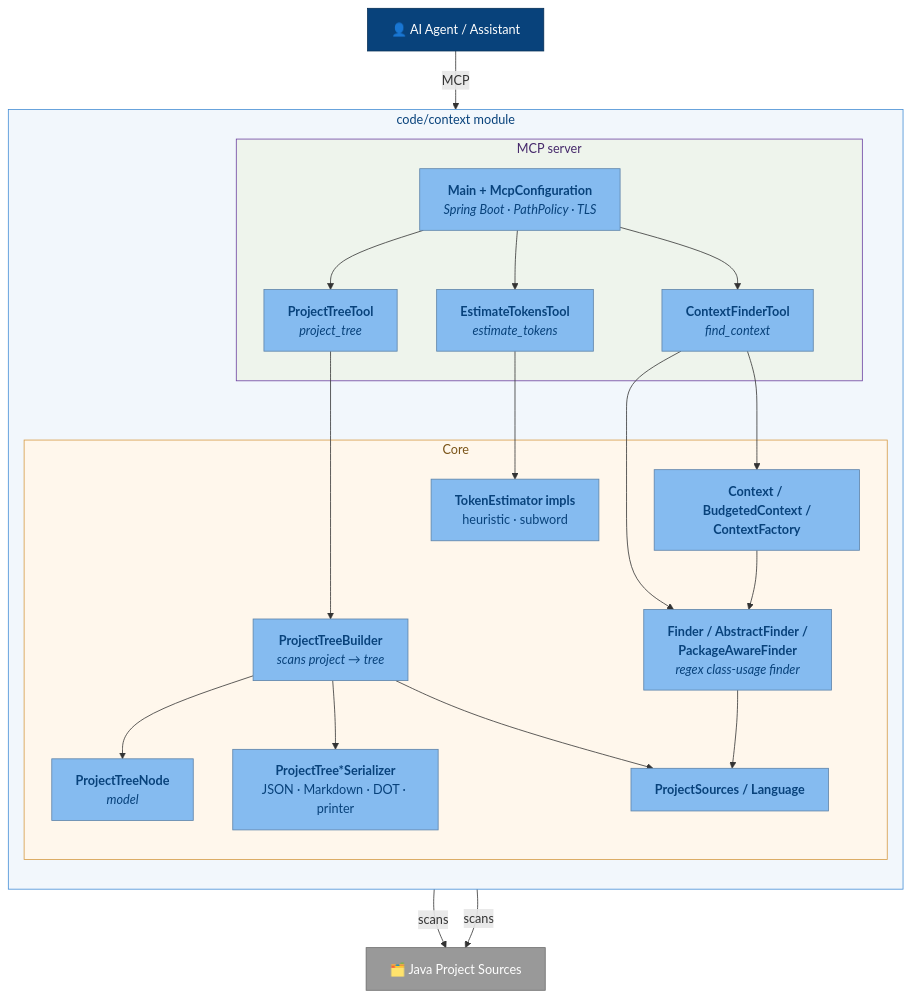
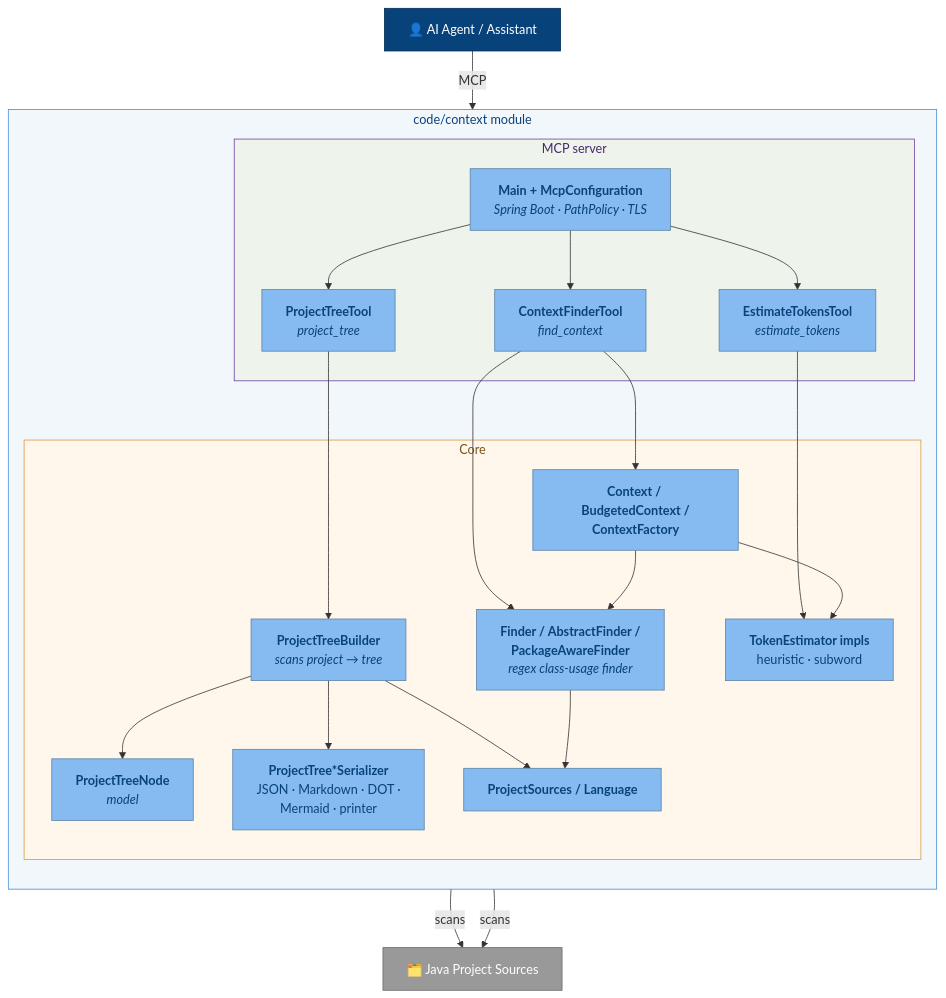
Before and after one commit to adamw7/tools: the fourth of 10 diagrams in docs/c4-architecture.md, drawn with Mermaid. The commit also changed other lines of this file and 2 other files, not shown here.

````diff
--- a/docs/c4-architecture.md
+++ b/docs/c4-architecture.md
@@ -201,56 +283,57 @@
 ```mermaid
 flowchart TB
     agent["👤 AI Agent / Assistant"]
 
     subgraph context ["code/context module"]
         direction TB
 
         subgraph mcpLayer ["MCP server"]
             mcpMain["<b>Main + McpConfiguration</b><br/><i>Spring Boot · PathPolicy · TLS</i>"]
             treeTool["<b>ProjectTreeTool</b><br/><i>project_tree</i>"]
             finderTool["<b>ContextFinderTool</b><br/><i>find_context</i>"]
             tokenTool["<b>EstimateTokensTool</b><br/><i>estimate_tokens</i>"]
         end
 
         subgraph core ["Core"]
             finder["<b>Finder / AbstractFinder /<br/>PackageAwareFinder</b><br/><i>regex class-usage finder</i>"]
             context_["<b>Context / BudgetedContext /<br/>ContextFactory</b>"]
             treeBuilder["<b>ProjectTreeBuilder</b><br/><i>scans project → tree</i>"]
             treeNode["<b>ProjectTreeNode</b><br/><i>model</i>"]
-            serializers["<b>ProjectTree*Serializer</b><br/>JSON · Markdown · DOT · printer"]
+            serializers["<b>ProjectTree*Serializer</b><br/>JSON · Markdown · DOT ·<br/>Mermaid · printer"]
             tokens["<b>TokenEstimator impls</b><br/>heuristic · subword"]
             sources["<b>ProjectSources / Language</b>"]
         end
     end
 
     projectSrc["🗂️ Java Project Sources"]
 
     agent -->|"MCP"| mcpMain
     mcpMain --> treeTool
     mcpMain --> finderTool
     mcpMain --> tokenTool
 
     treeTool --> treeBuilder
     finderTool --> context_
     finderTool --> finder
     tokenTool --> tokens
 
     treeBuilder --> treeNode
     treeBuilder --> serializers
     treeBuilder --> sources
     finder --> sources
     context_ --> finder
+    context_ --> tokens
 
     finder -->|"scans"| projectSrc
     treeBuilder -->|"scans"| projectSrc
 
     classDef person fill:#08427b,stroke:#052e56,color:#fff
     classDef comp fill:#85bbf0,stroke:#5d82a8,color:#08427b
     classDef ext fill:#999999,stroke:#6b6b6b,color:#fff
     class agent person
     class mcpMain,treeTool,finderTool,tokenTool,finder,context_,treeBuilder,treeNode,serializers,tokens,sources comp
     class projectSrc ext
     style context fill:#f2f7fc,stroke:#438dd5,color:#08427b
     style mcpLayer fill:#eef4ec,stroke:#6b3fa0,color:#46296b
     style core fill:#fff7ec,stroke:#d59a43,color:#7a5418
 ```
````
